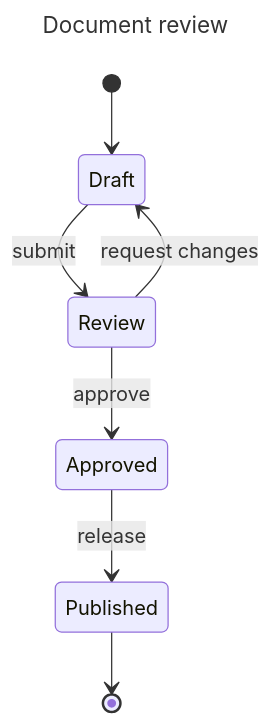
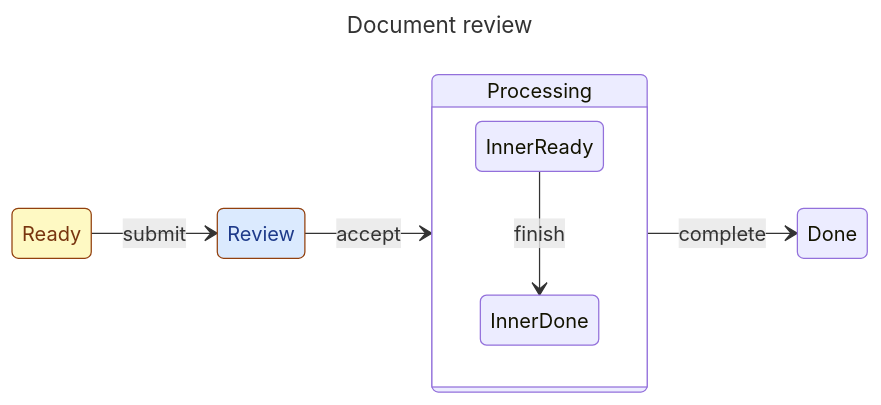
The diagram in Website/static/site/atlas/state.mmd (EvotecIT/ChartForgeX), drawn with Mermaid before and after one commit. The commit also changed 1563 other files, not shown here.

```diff
--- a/Website/static/site/atlas/state.mmd
+++ b/Website/static/site/atlas/state.mmd
@@ -1,10 +1,15 @@
 ---
 title: Document review
 ---
 stateDiagram-v2
-  [*] --> Draft
-  Draft --> Review : submit
-  Review --> Draft : request changes
-  Review --> Approved : approve
-  Approved --> Published : release
-  Published --> [*]
+direction LR
+classDef marked fill:#fef9c3,stroke:#92400e,color:#78350f
+Ready --> Review:::marked: submit
+class Ready marked
+style Review fill:#dbeafe,color:#1e3a8a
+state Processing {
+  direction TB
+  InnerReady --> InnerDone: finish
+}
+Review --> Processing: accept
+Processing --> Done: complete
```
